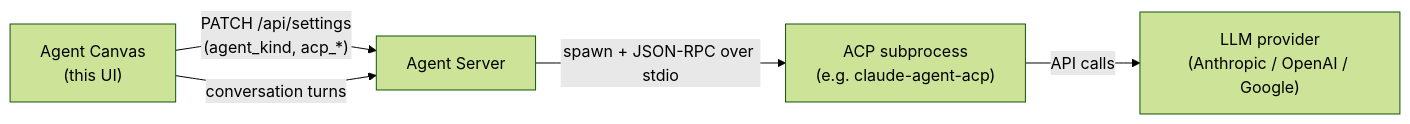
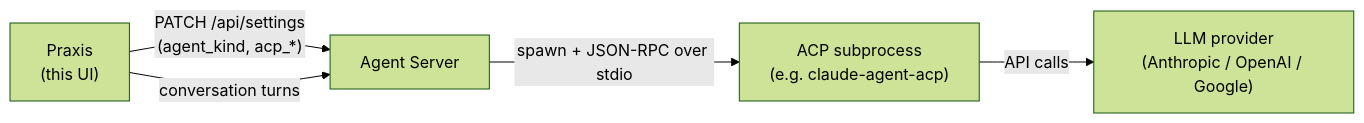
One commit to Praxiss-Lab/Praxis changed the diagram in docs/ACP_AGENTS.md. Above: the diagram before and after it, drawn with Mermaid (forest theme). The commit also changed other lines of this file and 5 other files, not shown here.

````diff
--- a/docs/ACP_AGENTS.md
+++ b/docs/ACP_AGENTS.md
@@ -17,11 +17,11 @@
 ```mermaid
 flowchart LR
-    canvas["Agent Canvas<br/>(this UI)"]
+    canvas["Praxis<br/>(this UI)"]
     server["Agent Server"]
     acp["ACP subprocess<br/>(e.g. claude-agent-acp)"]
     llm["LLM provider<br/>(Anthropic / OpenAI / Google)"]
     canvas -- "PATCH /api/settings<br/>(agent_kind, acp_*)" --> server
     canvas -- "conversation turns" --> server
     server -- "spawn + JSON-RPC over stdio" --> acp
     acp -- "API calls" --> llm
 ```
````
